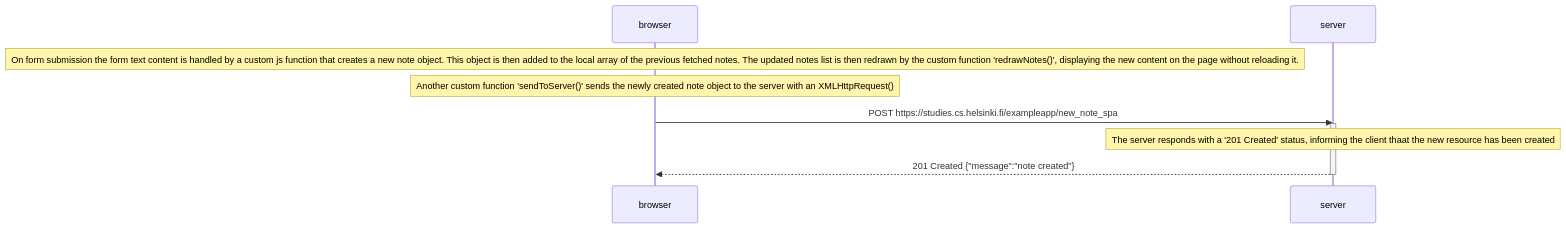
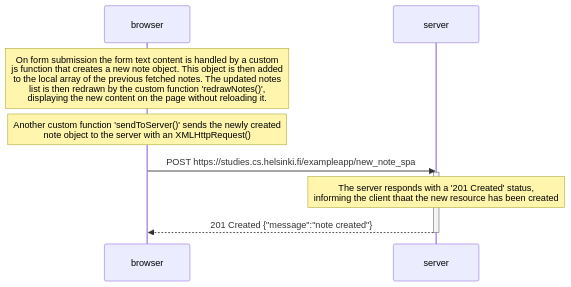
The diagram in part0/0.6.md (LL-00/fullstackopen2020), drawn with Mermaid before and after one commit.

Commit message:
add line breaks on notes in ex.0.6

````diff
--- a/part0/0.6.md
+++ b/part0/0.6.md
@@ -1,15 +1,15 @@
 ```mermaid
 
 sequenceDiagram
     participant browser
     participant server
 
-    Note over browser: On form submission the form text content is handled by a custom js function that creates a new note object. This object is then added to the local array of the previous fetched notes. The updated notes list is then redrawn by the custom function 'redrawNotes()', displaying the new content on the page without reloading it.
-    Note over browser: Another custom function 'sendToServer()' sends the newly created note object to the server with an XMLHttpRequest()
+    Note over browser: On form submission the form text content is handled by a custom <br/> js function that creates a new note object. This object is then added <br/>to the local array of the previous fetched notes. The updated notes <br/>list is then redrawn by the custom function 'redrawNotes()',<br/> displaying the new content on the page without reloading it.
+    Note over browser: Another custom function 'sendToServer()' sends the newly created <br/> note object to the server with an XMLHttpRequest()
     browser->>server: POST https://studies.cs.helsinki.fi/exampleapp/new_note_spa
     activate server
-    Note over server: The server responds with a '201 Created' status, informing the client thaat the new resource has been created
+    Note over server: The server responds with a '201 Created' status, <br/>informing the client thaat the new resource has been created
     server-->>browser: 201 Created {"message":"note created"}
     deactivate server
 
 ```
````
